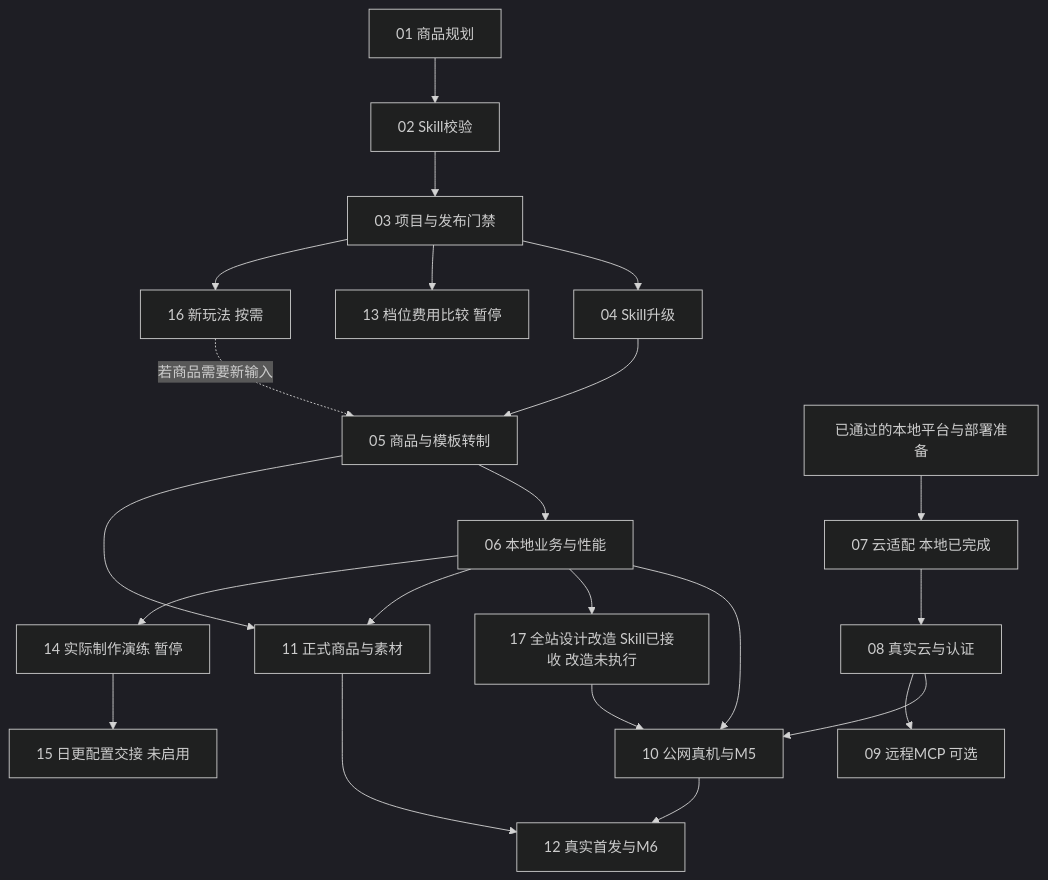
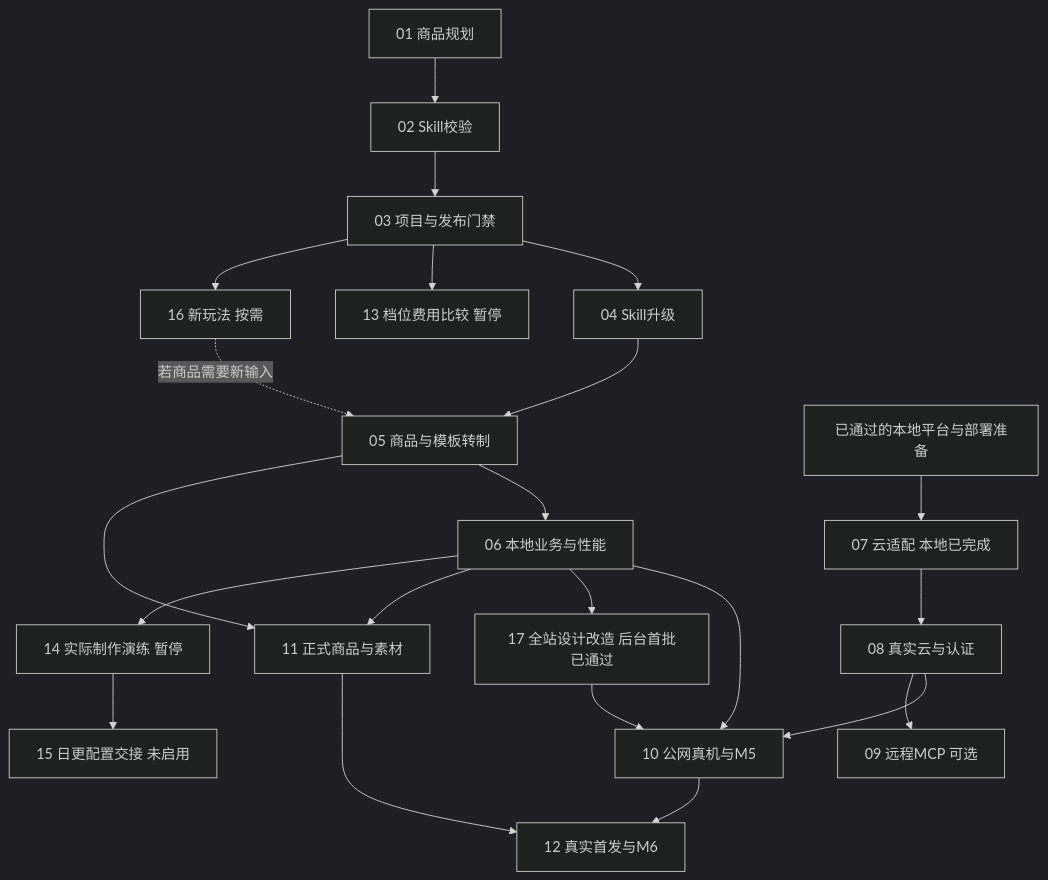
One commit to mikoe133/Or-Ai changed the diagram in prd/v1/tasks/README.md. Above: the diagram before and after it, drawn with Mermaid (dark theme). The commit also changed other lines of this file and 95 other files, not shown here.

````diff
--- a/prd/v1/tasks/README.md
+++ b/prd/v1/tasks/README.md
@@ -44,24 +46,24 @@
 ```mermaid
 flowchart TD
   A01[01 商品规划] --> A02[02 Skill校验]
   A02 --> A03[03 项目与发布门禁]
   A03 --> A04[04 Skill升级]
   A04 --> A05[05 商品与模板转制]
   A05 --> A06[06 本地业务与性能]
   BASE[已通过的本地平台与部署准备] --> A07[07 云适配 本地已完成]
   A07 --> A08[08 真实云与认证]
   A06 --> A10[10 公网真机与M5]
   A08 --> A10
-  A06 --> A17[17 全站设计改造 Skill已接收 改造未执行]
+  A06 --> A17[17 全站设计改造 后台首批已通过]
   A17 --> A10
   A08 --> A09[09 远程MCP 可选]
   A05 --> A11[11 正式商品与素材]
   A06 --> A11
   A11 --> A12[12 真实首发与M6]
   A10 --> A12
   A03 --> A13[13 档位费用比较 暂停]
   A06 --> A14[14 实际制作演练 暂停]
   A14 --> A15[15 日更配置交接 未启用]
   A03 --> A16[16 新玩法 按需]
   A16 -. 若商品需要新输入 .-> A05
 ```
````
